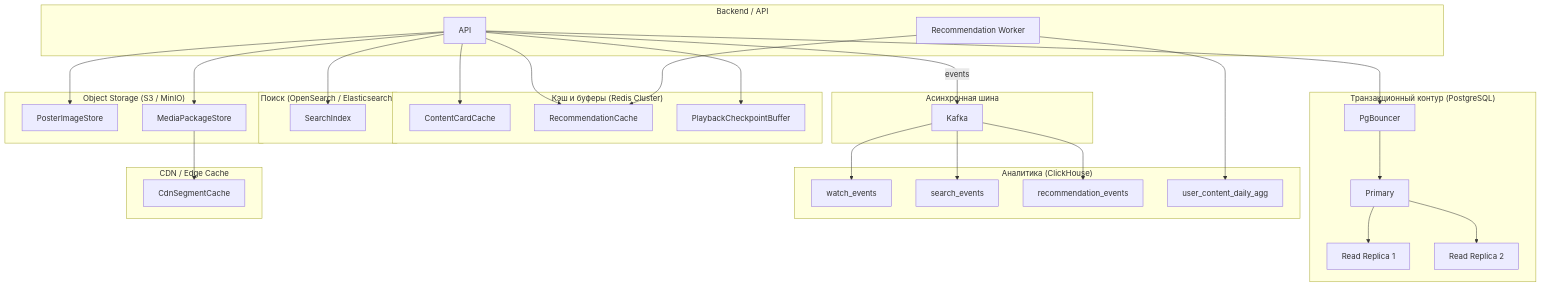
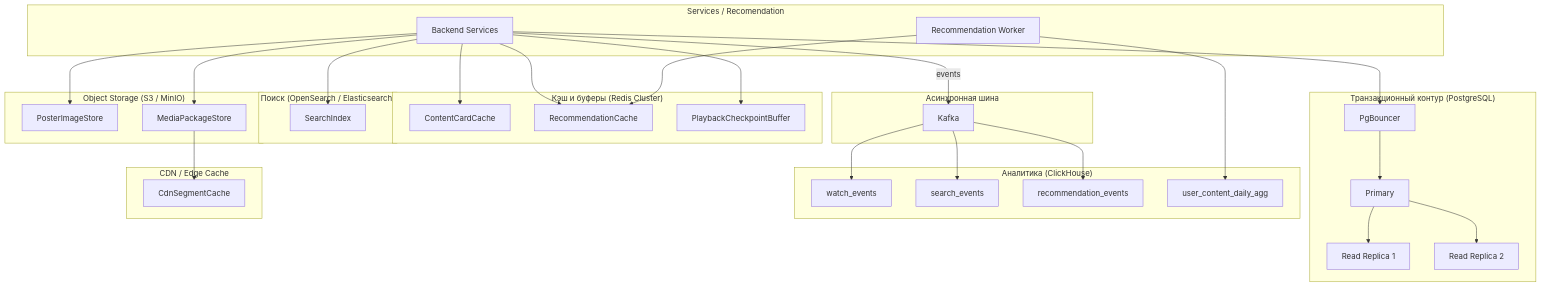
One commit to mtvvi/technopark-highload-coursework changed the diagram in README.md. Above: the diagram before and after it, drawn with Mermaid.

````diff
--- a/README.md
+++ b/README.md
@@ -564,62 +564,62 @@
 ```mermaid
 graph TD
-    subgraph Backend["Backend / API"]
-        API["API"]
+    subgraph Backend["Services / Recomendation"]
+        API["Backend Services"]
         REC["Recommendation Worker"]
     end
 
     subgraph PG["Транзакционный контур (PostgreSQL)"]
         PGB["PgBouncer"]
         PGM["Primary"]
         PGR1["Read Replica 1"]
         PGR2["Read Replica 2"]
         PGB --> PGM
         PGM --> PGR1
         PGM --> PGR2
     end
 
     subgraph REDIS["Кэш и буферы (Redis Cluster)"]
         R1["ContentCardCache"]
         R2["RecommendationCache"]
         R3["PlaybackCheckpointBuffer"]
     end
 
     subgraph SEARCH["Поиск (OpenSearch / Elasticsearch)"]
         ES["SearchIndex"]
     end
 
     subgraph BUS["Асинхронная шина"]
         KAFKA["Kafka"]
     end
 
     subgraph CH["Аналитика (ClickHouse)"]
         CH1["watch_events"]
         CH2["search_events"]
         CH3["recommendation_events"]
         CH4["user_content_daily_agg"]
     end
 
     subgraph OBJ["Object Storage (S3 / MinIO)"]
         S3POSTER["PosterImageStore"]
         S3MEDIA["MediaPackageStore"]
     end
 
     subgraph CDN["CDN / Edge Cache"]
         EDGE["CdnSegmentCache"]
     end
 
     API --> PGB
     API --> R1
     API --> R2
     API --> R3
     API --> ES
     API --> S3POSTER
     API --> S3MEDIA
     API -- "events" --> KAFKA
     REC --> CH4
     REC --> R2
     KAFKA --> CH1
     KAFKA --> CH2
     KAFKA --> CH3
     S3MEDIA --> EDGE
 ```
````
